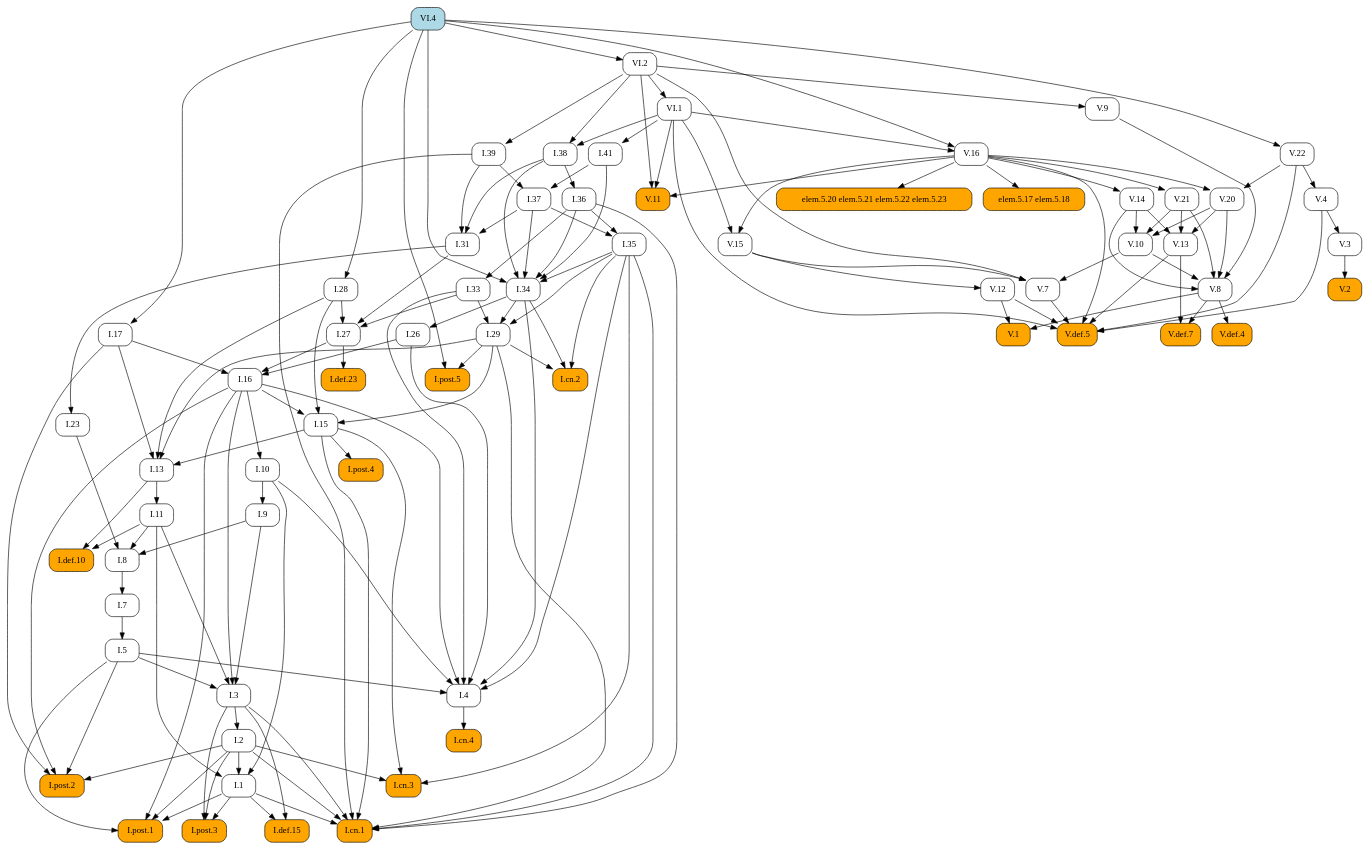
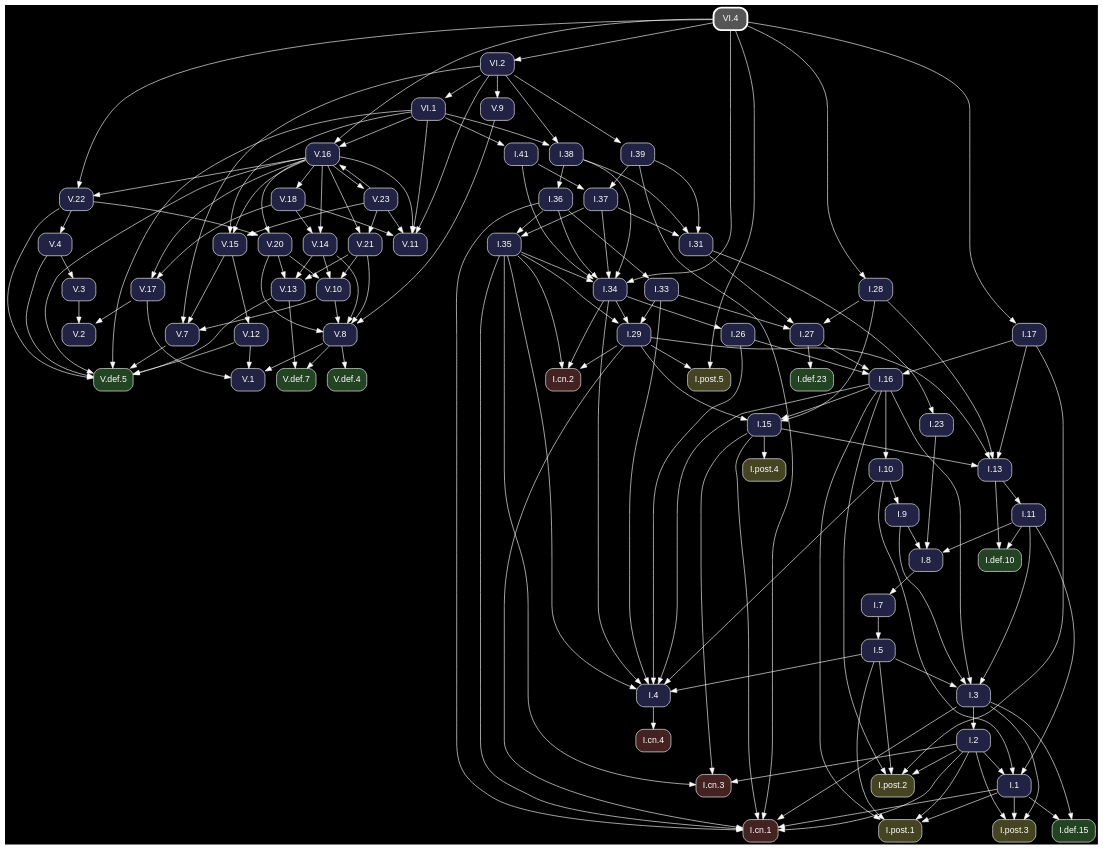
Before and after one commit to geometor/elements: the diagram in docsrc/heath/VI/4/index.rst, drawn with Graphviz. The commit also changed other lines of this file and 1200 other files, not shown here.

Commit message:
update dependency graphs

```diff
--- a/docsrc/heath/VI/4/index.rst
+++ b/docsrc/heath/VI/4/index.rst
@@ -85,176 +85,79 @@
 .. graphviz::
 
    digraph {
+     bgcolor="black";
+     node [shape=box, style="rounded,filled", fontname="Helvetica", color="white", fontcolor="white"];
+     edge [color="white", fontcolor="white"];
      rankdir="TB";
-     node [shape=box, style=rounded];
-     "I.23" [URL="/heath/I/23/", target="_top"];
-     "I.9" [URL="/heath/I/9/", target="_top"];
-     "I.def.15" [style="rounded,filled", fillcolor=orange, URL="/heath/I/def.15/", target="_top"];
-     "V.13" [URL="/heath/V/13/", target="_top"];
-     "V.7" [URL="/heath/V/7/", target="_top"];
-     "elem.5.17 elem.5.18" [style="rounded,filled", fillcolor=orange];
-     "I.post.1" [style="rounded,filled", fillcolor=orange, URL="/heath/I/post.1/", target="_top"];
-     "V.14" [URL="/heath/V/14/", target="_top"];
-     "V.9" [URL="/heath/V/9/", target="_top"];
-     "I.31" [URL="/heath/I/31/", target="_top"];
-     "I.def.10" [style="rounded,filled", fillcolor=orange, URL="/heath/I/def.10/", target="_top"];
-     "V.10" [URL="/heath/V/10/", target="_top"];
-     "V.4" [URL="/heath/V/4/", target="_top"];
-     "VI.1" [URL="/heath/VI/1/", target="_top"];
-     "I.39" [URL="/heath/I/39/", target="_top"];
-     "V.11" [style="rounded,filled", fillcolor=orange, URL="/heath/V/11/", target="_top"];
-     "I.34" [URL="/heath/I/34/", target="_top"];
-     "I.3" [URL="/heath/I/3/", target="_top"];
-     "V.def.4" [style="rounded,filled", fillcolor=orange, URL="/heath/V/def.4/", target="_top"];
-     "V.def.7" [style="rounded,filled", fillcolor=orange, URL="/heath/V/def.7/", target="_top"];
-     "V.21" [URL="/heath/V/21/", target="_top"];
-     "I.2" [URL="/heath/I/2/", target="_top"];
-     "V.3" [URL="/heath/V/3/", target="_top"];
-     "I.13" [URL="/heath/I/13/", target="_top"];
-     "I.post.4" [style="rounded,filled", fillcolor=orange, URL="/heath/I/post.4/", target="_top"];
-     "I.4" [URL="/heath/I/4/", target="_top"];
-     "I.1" [URL="/heath/I/1/", target="_top"];
-     "I.17" [URL="/heath/I/17/", target="_top"];
-     "I.8" [URL="/heath/I/8/", target="_top"];
-     "I.29" [URL="/heath/I/29/", target="_top"];
-     "I.38" [URL="/heath/I/38/", target="_top"];
-     "V.8" [URL="/heath/V/8/", target="_top"];
-     "I.15" [URL="/heath/I/15/", target="_top"];
-     "I.10" [URL="/heath/I/10/", target="_top"];
-     "I.11" [URL="/heath/I/11/", target="_top"];
-     "I.def.23" [style="rounded,filled", fillcolor=orange, URL="/heath/I/def.23/", target="_top"];
-     "VI.4" [style="rounded,filled", fillcolor=lightblue, URL="/heath/VI/4/", target="_top"];
-     "I.26" [URL="/heath/I/26/", target="_top"];
-     "V.16" [URL="/heath/V/16/", target="_top"];
-     "I.33" [URL="/heath/I/33/", target="_top"];
-     "I.post.3" [style="rounded,filled", fillcolor=orange, URL="/heath/I/post.3/", target="_top"];
-     "V.def.5" [style="rounded,filled", fillcolor=orange, URL="/heath/V/def.5/", target="_top"];
-     "I.27" [URL="/heath/I/27/", target="_top"];
-     "V.20" [URL="/heath/V/20/", target="_top"];
-     "V.12" [URL="/heath/V/12/", target="_top"];
-     "V.2" [style="rounded,filled", fillcolor=orange, URL="/heath/V/2/", target="_top"];
-     "I.cn.1" [style="rounded,filled", fillcolor=orange, URL="/heath/I/cn.1/", target="_top"];
-     "I.35" [URL="/heath/I/35/", target="_top"];
-     "I.7" [URL="/heath/I/7/", target="_top"];
-     "I.36" [URL="/heath/I/36/", target="_top"];
-     "I.5" [URL="/heath/I/5/", target="_top"];
-     "I.37" [URL="/heath/I/37/", target="_top"];
-     "I.cn.3" [style="rounded,filled", fillcolor=orange, URL="/heath/I/cn.3/", target="_top"];
-     "I.16" [URL="/heath/I/16/", target="_top"];
-     "V.22" [URL="/heath/V/22/", target="_top"];
-     "V.1" [style="rounded,filled", fillcolor=orange, URL="/heath/V/1/", target="_top"];
-     "I.cn.2" [style="rounded,filled", fillcolor=orange, URL="/heath/I/cn.2/", target="_top"];
-     "I.post.5" [style="rounded,filled", fillcolor=orange, URL="/heath/I/post.5/", target="_top"];
-     "I.28" [URL="/heath/I/28/", target="_top"];
-     "VI.2" [URL="/heath/VI/2/", target="_top"];
-     "I.cn.4" [style="rounded,filled", fillcolor=orange, URL="/heath/I/cn.4/", target="_top"];
-     "I.post.2" [style="rounded,filled", fillcolor=orange, URL="/heath/I/post.2/", target="_top"];
-     "V.15" [URL="/heath/V/15/", target="_top"];
-     "I.41" [URL="/heath/I/41/", target="_top"];
-     "elem.5.20 elem.5.21 elem.5.22 elem.5.23" [style="rounded,filled", fillcolor=orange];
-     "I.31" -> "I.23";
-     "I.10" -> "I.9";
-     "I.1" -> "I.def.15";
-     "I.3" -> "I.def.15";
-     "V.14" -> "V.13";
-     "V.20" -> "V.13";
-     "V.21" -> "V.13";
-     "V.10" -> "V.7";
-     "V.15" -> "V.7";
-     "VI.2" -> "V.7";
-     "V.16" -> "elem.5.17 elem.5.18";
-     "I.1" -> "I.post.1";
-     "I.2" -> "I.post.1";
-     "I.5" -> "I.post.1";
-     "I.16" -> "I.post.1";
-     "V.16" -> "V.14";
-     "VI.2" -> "V.9";
-     "I.37" -> "I.31";
-     "I.38" -> "I.31";
-     "I.39" -> "I.31";
-     "I.11" -> "I.def.10";
-     "I.13" -> "I.def.10";
-     "V.14" -> "V.10";
-     "V.20" -> "V.10";
-     "V.21" -> "V.10";
-     "V.22" -> "V.4";
-     "VI.2" -> "VI.1";
-     "VI.2" -> "I.39";
-     "V.16" -> "V.11";
-     "VI.1" -> "V.11";
-     "VI.2" -> "V.11";
-     "I.35" -> "I.34";
-     "I.36" -> "I.34";
-     "I.37" -> "I.34";
-     "I.38" -> "I.34";
-     "I.41" -> "I.34";
-     "VI.4" -> "I.34";
-     "I.5" -> "I.3";
-     "I.9" -> "I.3";
-     "I.11" -> "I.3";
-     "I.16" -> "I.3";
-     "V.8" -> "V.def.4";
-     "V.8" -> "V.def.7";
-     "V.13" -> "V.def.7";
-     "V.16" -> "V.21";
-     "I.3" -> "I.2";
-     "V.4" -> "V.3";
-     "I.15" -> "I.13";
-     "I.17" -> "I.13";
-     "I.28" -> "I.13";
-     "I.29" -> "I.13";
-     "I.15" -> "I.post.4";
-     "I.5" -> "I.4";
-     "I.10" -> "I.4";
-     "I.16" -> "I.4";
-     "I.26" -> "I.4";
-     "I.33" -> "I.4";
-     "I.34" -> "I.4";
-     "I.35" -> "I.4";
-     "I.2" -> "I.1";
-     "I.10" -> "I.1";
-     "I.11" -> "I.1";
-     "VI.4" -> "I.17";
-     "I.9" -> "I.8";
-     "I.11" -> "I.8";
-     "I.23" -> "I.8";
-     "I.33" -> "I.29";
-     "I.34" -> "I.29";
-     "I.35" -> "I.29";
-     "VI.1" -> "I.38";
-     "VI.2" -> "I.38";
-     "V.9" -> "V.8";
-     "V.10" -> "V.8";
-     "V.14" -> "V.8";
-     "V.20" -> "V.8";
-     "V.21" -> "V.8";
-     "I.16" -> "I.15";
-     "I.28" -> "I.15";
-     "I.29" -> "I.15";
-     "I.16" -> "I.10";
-     "I.13" -> "I.11";
-     "I.27" -> "I.def.23";
-     "I.34" -> "I.26";
-     "VI.1" -> "V.16";
-     "VI.4" -> "V.16";
-     "I.36" -> "I.33";
-     "I.1" -> "I.post.3";
-     "I.2" -> "I.post.3";
-     "I.3" -> "I.post.3";
-     "V.4" -> "V.def.5";
-     "V.7" -> "V.def.5";
-     "V.12" -> "V.def.5";
-     "V.13" -> "V.def.5";
-     "V.16" -> "V.def.5";
-     "V.22" -> "V.def.5";
-     "VI.1" -> "V.def.5";
-     "I.28" -> "I.27";
-     "I.31" -> "I.27";
-     "I.33" -> "I.27";
-     "V.16" -> "V.20";
-     "V.22" -> "V.20";
-     "V.15" -> "V.12";
-     "V.3" -> "V.2";
+     "V.15" [fillcolor="#222244", URL="/heath/V/15/", target="_top"];
+     "I.cn.1" [fillcolor="#442222", URL="/heath/I/cn.1/", target="_top"];
+     "V.18" [fillcolor="#222244", URL="/heath/V/18/", target="_top"];
+     "V.14" [fillcolor="#222244", URL="/heath/V/14/", target="_top"];
+     "I.28" [fillcolor="#222244", URL="/heath/I/28/", target="_top"];
+     "I.27" [fillcolor="#222244", URL="/heath/I/27/", target="_top"];
+     "V.23" [fillcolor="#222244", URL="/heath/V/23/", target="_top"];
+     "I.2" [fillcolor="#222244", URL="/heath/I/2/", target="_top"];
+     "I.41" [fillcolor="#222244", URL="/heath/I/41/", target="_top"];
+     "I.post.4" [fillcolor="#444422", URL="/heath/I/post.4/", target="_top"];
+     "I.26" [fillcolor="#222244", URL="/heath/I/26/", target="_top"];
+     "I.8" [fillcolor="#222244", URL="/heath/I/8/", target="_top"];
+     "V.4" [fillcolor="#222244", URL="/heath/V/4/", target="_top"];
+     "V.16" [fillcolor="#222244", URL="/heath/V/16/", target="_top"];
+     "VI.2" [fillcolor="#222244", URL="/heath/VI/2/", target="_top"];
+     "I.7" [fillcolor="#222244", URL="/heath/I/7/", target="_top"];
+     "I.5" [fillcolor="#222244", URL="/heath/I/5/", target="_top"];
+     "V.11" [fillcolor="#222244", URL="/heath/V/11/", target="_top"];
+     "V.def.4" [fillcolor="#224422", URL="/heath/V/def.4/", target="_top"];
+     "V.20" [fillcolor="#222244", URL="/heath/V/20/", target="_top"];
+     "I.11" [fillcolor="#222244", URL="/heath/I/11/", target="_top"];
+     "I.37" [fillcolor="#222244", URL="/heath/I/37/", target="_top"];
+     "I.cn.3" [fillcolor="#442222", URL="/heath/I/cn.3/", target="_top"];
+     "I.36" [fillcolor="#222244", URL="/heath/I/36/", target="_top"];
+     "I.38" [fillcolor="#222244", URL="/heath/I/38/", target="_top"];
+     "I.post.2" [fillcolor="#444422", URL="/heath/I/post.2/", target="_top"];
+     "I.def.23" [fillcolor="#224422", URL="/heath/I/def.23/", target="_top"];
+     "I.35" [fillcolor="#222244", URL="/heath/I/35/", target="_top"];
+     "I.post.3" [fillcolor="#444422", URL="/heath/I/post.3/", target="_top"];
+     "V.13" [fillcolor="#222244", URL="/heath/V/13/", target="_top"];
+     "V.8" [fillcolor="#222244", URL="/heath/V/8/", target="_top"];
+     "I.33" [fillcolor="#222244", URL="/heath/I/33/", target="_top"];
+     "V.10" [fillcolor="#222244", URL="/heath/V/10/", target="_top"];
+     "I.17" [fillcolor="#222244", URL="/heath/I/17/", target="_top"];
+     "V.def.5" [fillcolor="#224422", URL="/heath/V/def.5/", target="_top"];
+     "V.22" [fillcolor="#222244", URL="/heath/V/22/", target="_top"];
+     "I.31" [fillcolor="#222244", URL="/heath/I/31/", target="_top"];
+     "I.3" [fillcolor="#222244", URL="/heath/I/3/", target="_top"];
+     "V.12" [fillcolor="#222244", URL="/heath/V/12/", target="_top"];
+     "I.def.10" [fillcolor="#224422", URL="/heath/I/def.10/", target="_top"];
+     "I.15" [fillcolor="#222244", URL="/heath/I/15/", target="_top"];
+     "I.39" [fillcolor="#222244", URL="/heath/I/39/", target="_top"];
+     "I.13" [fillcolor="#222244", URL="/heath/I/13/", target="_top"];
+     "I.cn.2" [fillcolor="#442222", URL="/heath/I/cn.2/", target="_top"];
+     "I.9" [fillcolor="#222244", URL="/heath/I/9/", target="_top"];
+     "I.1" [fillcolor="#222244", URL="/heath/I/1/", target="_top"];
+     "I.post.5" [fillcolor="#444422", URL="/heath/I/post.5/", target="_top"];
+     "I.23" [fillcolor="#222244", URL="/heath/I/23/", target="_top"];
+     "I.4" [fillcolor="#222244", URL="/heath/I/4/", target="_top"];
+     "VI.4" [penwidth=3, color="white", fillcolor="#555555", URL="/heath/VI/4/", target="_top"];
+     "V.7" [fillcolor="#222244", URL="/heath/V/7/", target="_top"];
+     "V.9" [fillcolor="#222244", URL="/heath/V/9/", target="_top"];
+     "VI.1" [fillcolor="#222244", URL="/heath/VI/1/", target="_top"];
+     "I.10" [fillcolor="#222244", URL="/heath/I/10/", target="_top"];
+     "V.def.7" [fillcolor="#224422", URL="/heath/V/def.7/", target="_top"];
+     "I.post.1" [fillcolor="#444422", URL="/heath/I/post.1/", target="_top"];
+     "I.16" [fillcolor="#222244", URL="/heath/I/16/", target="_top"];
+     "I.29" [fillcolor="#222244", URL="/heath/I/29/", target="_top"];
+     "I.cn.4" [fillcolor="#442222", URL="/heath/I/cn.4/", target="_top"];
+     "V.2" [fillcolor="#222244", URL="/heath/V/2/", target="_top"];
+     "V.1" [fillcolor="#222244", URL="/heath/V/1/", target="_top"];
+     "V.21" [fillcolor="#222244", URL="/heath/V/21/", target="_top"];
+     "I.34" [fillcolor="#222244", URL="/heath/I/34/", target="_top"];
+     "I.def.15" [fillcolor="#224422", URL="/heath/I/def.15/", target="_top"];
+     "V.3" [fillcolor="#222244", URL="/heath/V/3/", target="_top"];
+     "V.17" [fillcolor="#222244", URL="/heath/V/17/", target="_top"];
+     "V.16" -> "V.15";
+     "V.23" -> "V.15";
+     "VI.1" -> "V.15";
      "I.1" -> "I.cn.1";
      "I.2" -> "I.cn.1";
      "I.3" -> "I.cn.1";
@@ -263,36 +166,147 @@
      "I.35" -> "I.cn.1";
      "I.36" -> "I.cn.1";
      "I.39" -> "I.cn.1";
-     "I.36" -> "I.35";
-     "I.37" -> "I.35";
+     "V.16" -> "V.18";
+     "V.16" -> "V.14";
+     "V.18" -> "V.14";
+     "VI.4" -> "I.28";
+     "I.28" -> "I.27";
+     "I.31" -> "I.27";
+     "I.33" -> "I.27";
+     "V.16" -> "V.23";
+     "I.3" -> "I.2";
+     "VI.1" -> "I.41";
+     "I.15" -> "I.post.4";
+     "I.34" -> "I.26";
+     "I.9" -> "I.8";
+     "I.11" -> "I.8";
+     "I.23" -> "I.8";
+     "V.22" -> "V.4";
+     "V.23" -> "V.16";
+     "VI.1" -> "V.16";
+     "VI.4" -> "V.16";
+     "VI.4" -> "VI.2";
      "I.8" -> "I.7";
-     "I.38" -> "I.36";
      "I.7" -> "I.5";
+     "V.16" -> "V.11";
+     "V.18" -> "V.11";
+     "V.23" -> "V.11";
+     "VI.1" -> "V.11";
+     "VI.2" -> "V.11";
+     "V.8" -> "V.def.4";
+     "V.16" -> "V.20";
+     "V.22" -> "V.20";
+     "I.13" -> "I.11";
      "I.39" -> "I.37";
      "I.41" -> "I.37";
      "I.2" -> "I.cn.3";
      "I.15" -> "I.cn.3";
      "I.35" -> "I.cn.3";
-     "I.17" -> "I.16";
-     "I.26" -> "I.16";
-     "I.27" -> "I.16";
-     "VI.4" -> "V.22";
-     "V.8" -> "V.1";
-     "V.12" -> "V.1";
-     "I.29" -> "I.cn.2";
-     "I.34" -> "I.cn.2";
-     "I.35" -> "I.cn.2";
-     "I.29" -> "I.post.5";
-     "VI.4" -> "I.post.5";
-     "VI.4" -> "I.28";
-     "VI.4" -> "VI.2";
-     "I.4" -> "I.cn.4";
+     "I.38" -> "I.36";
+     "VI.1" -> "I.38";
+     "VI.2" -> "I.38";
      "I.2" -> "I.post.2";
      "I.5" -> "I.post.2";
      "I.16" -> "I.post.2";
      "I.17" -> "I.post.2";
-     "V.16" -> "V.15";
-     "VI.1" -> "V.15";
-     "VI.1" -> "I.41";
-     "V.16" -> "elem.5.20 elem.5.21 elem.5.22 elem.5.23";
+     "I.27" -> "I.def.23";
+     "I.36" -> "I.35";
+     "I.37" -> "I.35";
+     "I.1" -> "I.post.3";
+     "I.2" -> "I.post.3";
+     "I.3" -> "I.post.3";
+     "V.14" -> "V.13";
+     "V.20" -> "V.13";
+     "V.21" -> "V.13";
+     "V.9" -> "V.8";
+     "V.10" -> "V.8";
+     "V.14" -> "V.8";
+     "V.20" -> "V.8";
+     "V.21" -> "V.8";
+     "I.36" -> "I.33";
+     "V.14" -> "V.10";
+     "V.20" -> "V.10";
+     "V.21" -> "V.10";
+     "VI.4" -> "I.17";
+     "V.4" -> "V.def.5";
+     "V.7" -> "V.def.5";
+     "V.12" -> "V.def.5";
+     "V.13" -> "V.def.5";
+     "V.16" -> "V.def.5";
+     "V.22" -> "V.def.5";
+     "VI.1" -> "V.def.5";
+     "V.16" -> "V.22";
+     "VI.4" -> "V.22";
+     "I.37" -> "I.31";
+     "I.38" -> "I.31";
+     "I.39" -> "I.31";
+     "I.5" -> "I.3";
+     "I.9" -> "I.3";
+     "I.11" -> "I.3";
+     "I.16" -> "I.3";
+     "V.15" -> "V.12";
+     "I.11" -> "I.def.10";
+     "I.13" -> "I.def.10";
+     "I.16" -> "I.15";
+     "I.28" -> "I.15";
+     "I.29" -> "I.15";
+     "VI.2" -> "I.39";
+     "I.15" -> "I.13";
+     "I.17" -> "I.13";
+     "I.28" -> "I.13";
+     "I.29" -> "I.13";
+     "I.29" -> "I.cn.2";
+     "I.34" -> "I.cn.2";
+     "I.35" -> "I.cn.2";
+     "I.10" -> "I.9";
+     "I.2" -> "I.1";
+     "I.10" -> "I.1";
+     "I.11" -> "I.1";
+     "I.29" -> "I.post.5";
+     "VI.4" -> "I.post.5";
+     "I.31" -> "I.23";
+     "I.5" -> "I.4";
+     "I.10" -> "I.4";
+     "I.16" -> "I.4";
+     "I.26" -> "I.4";
+     "I.33" -> "I.4";
+     "I.34" -> "I.4";
+     "I.35" -> "I.4";
+     "V.10" -> "V.7";
+     "V.15" -> "V.7";
+     "VI.2" -> "V.7";
+     "VI.2" -> "V.9";
+     "VI.2" -> "VI.1";
+     "I.16" -> "I.10";
+     "V.8" -> "V.def.7";
+     "V.13" -> "V.def.7";
+     "I.1" -> "I.post.1";
+     "I.2" -> "I.post.1";
+     "I.5" -> "I.post.1";
+     "I.16" -> "I.post.1";
+     "I.17" -> "I.16";
+     "I.26" -> "I.16";
+     "I.27" -> "I.16";
+     "I.33" -> "I.29";
+     "I.34" -> "I.29";
+     "I.35" -> "I.29";
+     "I.4" -> "I.cn.4";
+     "V.3" -> "V.2";
+     "V.17" -> "V.2";
+     "V.8" -> "V.1";
+     "V.12" -> "V.1";
+     "V.17" -> "V.1";
+     "V.16" -> "V.21";
+     "V.23" -> "V.21";
+     "I.35" -> "I.34";
+     "I.36" -> "I.34";
+     "I.37" -> "I.34";
+     "I.38" -> "I.34";
+     "I.41" -> "I.34";
+     "VI.4" -> "I.34";
+     "I.1" -> "I.def.15";
+     "I.3" -> "I.def.15";
+     "V.4" -> "V.3";
+     "V.16" -> "V.17";
+     "V.18" -> "V.17";
    }
```
